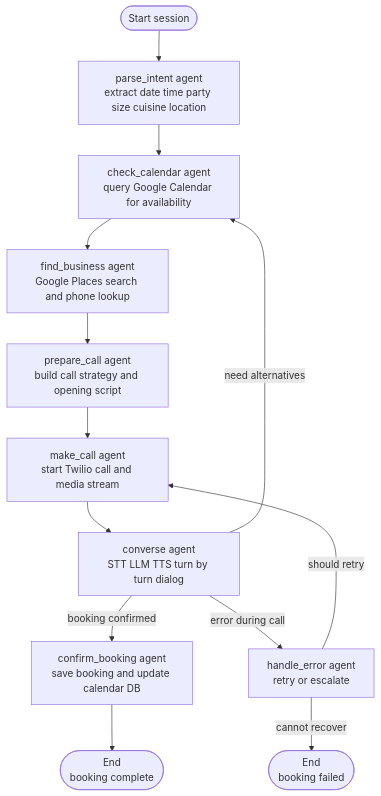
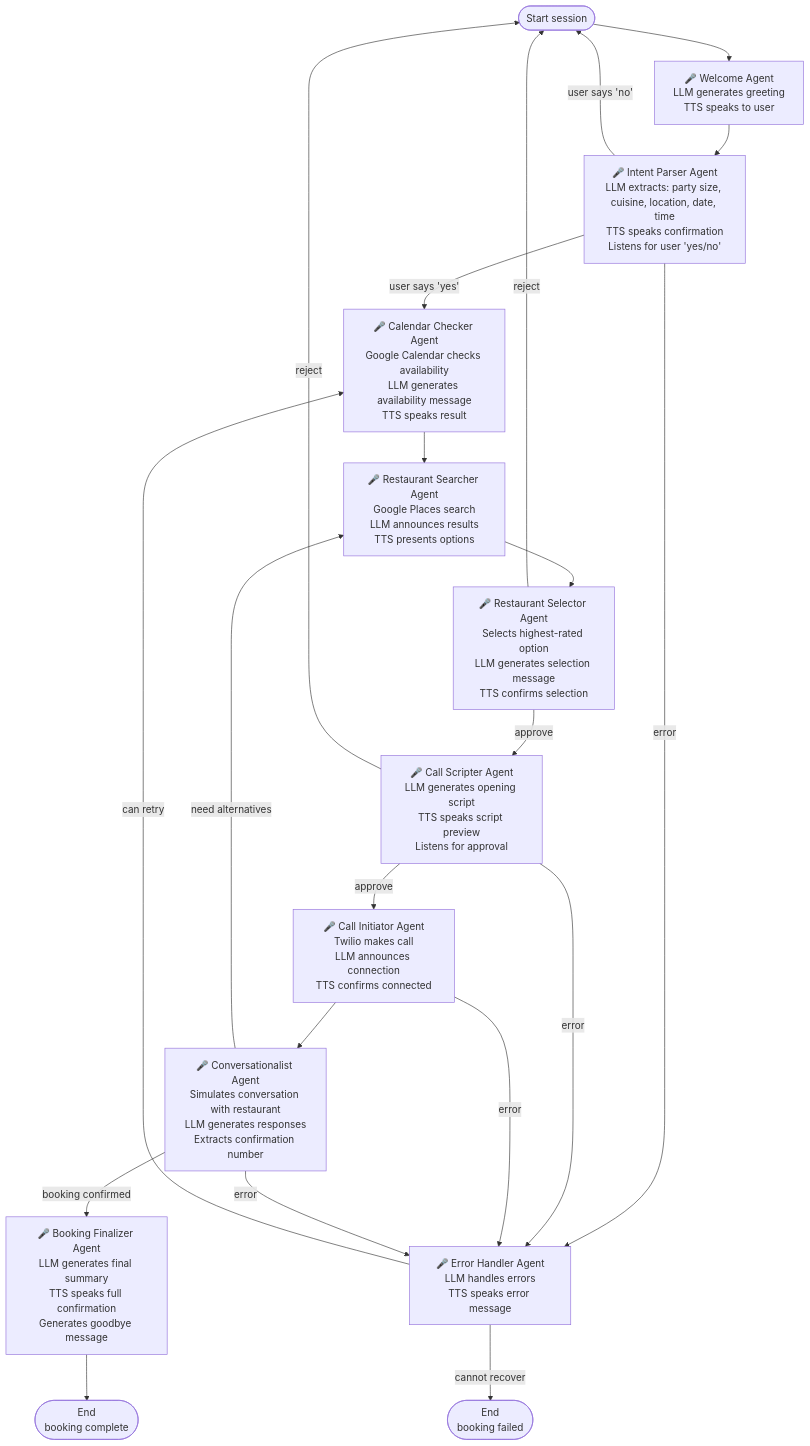
Before and after one commit to Myangsun/HiyaDrive: the diagram in Agents.md, drawn with Mermaid. The commit also changed 8 other files, not shown here.

````diff
--- a/Agents.md
+++ b/Agents.md
@@ -1,30 +1,57 @@
 ```mermaid
 
 flowchart TD
     START(["Start session"])
 
-    A["parse_intent agent\nextract date time party size cuisine location"]
-    B["check_calendar agent\nquery Google Calendar for availability"]
-    C["find_business agent\nGoogle Places search and phone lookup"]
-    D["prepare_call agent\nbuild call strategy and opening script"]
-    E["make_call agent\nstart Twilio call and media stream"]
-    F["converse agent\nSTT LLM TTS turn by turn dialog"]
-    G["confirm_booking agent\nsave booking and update calendar DB"]
-    H["handle_error agent\nretry or escalate"]
+    GREET["🎤 Welcome Agent\nLLM generates greeting\nTTS speaks to user"]
+
+    A["🎤 Intent Parser Agent\nLLM extracts: party size, cuisine, location, date, time\nTTS speaks confirmation\nListens for user 'yes/no'"]
+
+    B["🎤 Calendar Checker Agent\nGoogle Calendar checks availability\nLLM generates availability message\nTTS speaks result"]
+
+    C["🎤 Restaurant Searcher Agent\nGoogle Places search\nLLM announces results\nTTS presents options"]
+
+    D["🎤 Restaurant Selector Agent\nSelects highest-rated option\nLLM generates selection message\nTTS confirms selection"]
+
+    E["🎤 Call Scripter Agent\nLLM generates opening script\nTTS speaks script preview\nListens for approval"]
+
+    F["🎤 Call Initiator Agent\nTwilio makes call\nLLM announces connection\nTTS confirms connected"]
+
+    G["🎤 Conversationalist Agent\nSimulates conversation with restaurant\nLLM generates responses\nExtracts confirmation number"]
+
+    H["🎤 Booking Finalizer Agent\nLLM generates final summary\nTTS speaks full confirmation\nGenerates goodbye message"]
+
+    ERR["🎤 Error Handler Agent\nLLM handles errors\nTTS speaks error message"]
 
     END_OK(["End\nbooking complete"])
     END_FAIL(["End\nbooking failed"])
 
-    %% Main path
-    START --> A --> B --> C --> D --> E --> F
+    %% Interactive voice flow
+    START --> GREET --> A
 
-    %% From converse, LangGraph conditional edges
-    F -->|booking confirmed| G --> END_OK
-    F -->|need alternatives| B
-    F -->|error during call| H
+    A -->|user says 'yes'| B
+    A -->|user says 'no'| START
+    A -->|error| ERR
+
+    B --> C
+    C --> D
+
+    D -->|approve| E
+    D -->|reject| START
+
+    E -->|approve| F
+    E -->|reject| START
+    E -->|error| ERR
+
+    F --> G
+    F -->|error| ERR
+
+    G -->|booking confirmed| H --> END_OK
+    G -->|need alternatives| C
+    G -->|error| ERR
 
     %% Error handling
-    H -->|should retry| E
-    H -->|cannot recover| END_FAIL
+    ERR -->|can retry| B
+    ERR -->|cannot recover| END_FAIL
 
 ```
````
